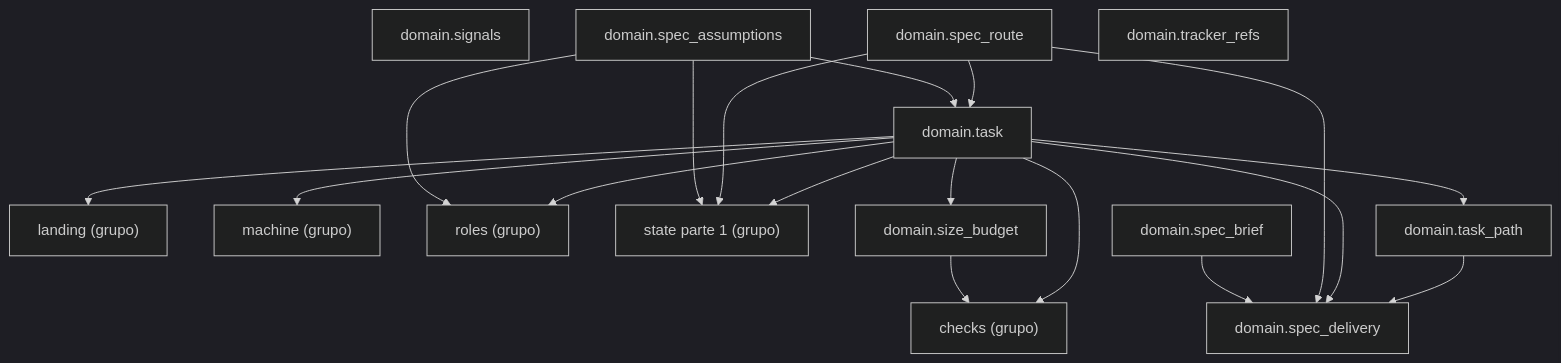
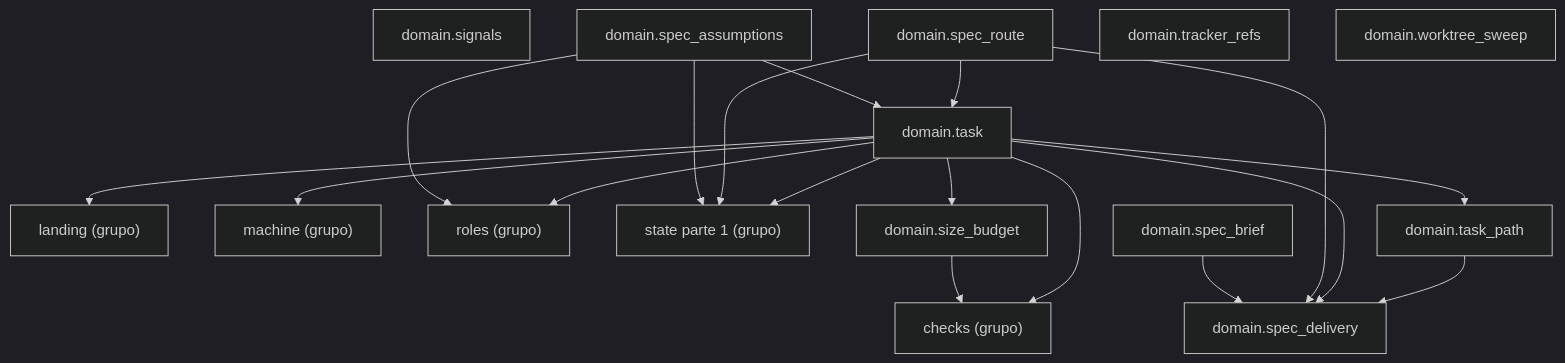
The diagram in docs/architecture/generated/packages-process-domain-state-2.md (GonzaloZevallos/agentic-system), drawn with Mermaid (dark theme) before and after one commit. The commit also changed 9 other files, not shown here.

First line of the commit message:
Add the worktree sweep's pure domain and the Workspace.is_checkout verb

````diff
--- a/docs/architecture/generated/packages-process-domain-state-2.md
+++ b/docs/architecture/generated/packages-process-domain-state-2.md
@@ -12,34 +12,35 @@
 ```mermaid
 graph TD
     g_domain__checks["checks (grupo)"]
     g_domain__landing["landing (grupo)"]
     g_domain__machine["machine (grupo)"]
     g_domain__roles["roles (grupo)"]
     g_domain__state__1["state parte 1 (grupo)"]
     m_domain__signals["domain.signals"]
     m_domain__size_budget["domain.size_budget"]
     m_domain__spec_assumptions["domain.spec_assumptions"]
     m_domain__spec_brief["domain.spec_brief"]
     m_domain__spec_delivery["domain.spec_delivery"]
     m_domain__spec_route["domain.spec_route"]
     m_domain__task["domain.task"]
     m_domain__task_path["domain.task_path"]
     m_domain__tracker_refs["domain.tracker_refs"]
+    m_domain__worktree_sweep["domain.worktree_sweep"]
     m_domain__size_budget --> g_domain__checks
     m_domain__spec_assumptions --> g_domain__roles
     m_domain__spec_assumptions --> g_domain__state__1
     m_domain__spec_assumptions --> m_domain__task
     m_domain__spec_brief --> m_domain__spec_delivery
     m_domain__spec_route --> g_domain__state__1
     m_domain__spec_route --> m_domain__spec_delivery
     m_domain__spec_route --> m_domain__task
     m_domain__task --> g_domain__checks
     m_domain__task --> g_domain__landing
     m_domain__task --> g_domain__machine
     m_domain__task --> g_domain__roles
     m_domain__task --> g_domain__state__1
     m_domain__task --> m_domain__size_budget
     m_domain__task --> m_domain__spec_delivery
     m_domain__task --> m_domain__task_path
     m_domain__task_path --> m_domain__spec_delivery
 ```
````
